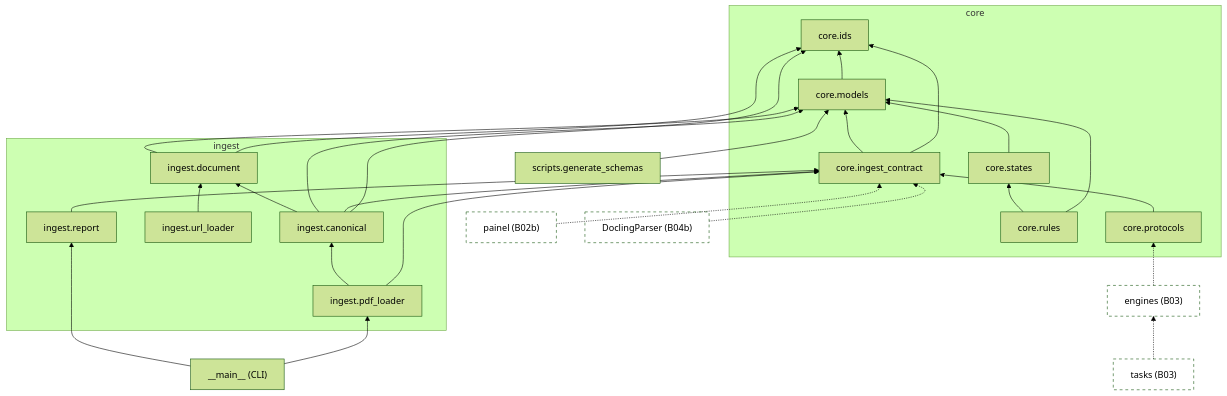
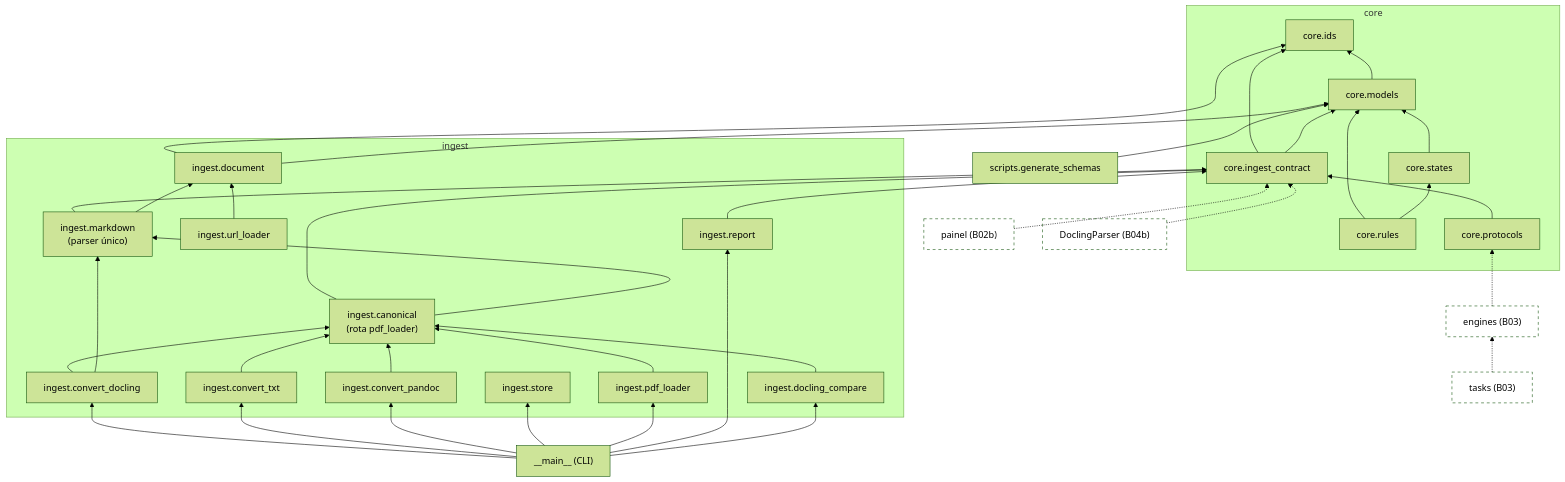
One commit to lld-git/map-relations changed the diagram in docs/architecture.md. Above: the diagram before and after it, drawn with Mermaid (forest theme). The commit also changed other lines of this file and 21 other files, not shown here.

````diff
--- a/docs/architecture.md
+++ b/docs/architecture.md
@@ -67,52 +76,67 @@
 ```mermaid
 flowchart BT
     subgraph core
         ids["core.ids"]
         models["core.models"]
         contract["core.ingest_contract"]
         states["core.states"]
         rules["core.rules"]
         protocols["core.protocols"]
     end
     subgraph ingest
         document["ingest.document"]
-        canonical["ingest.canonical"]
+        md["ingest.markdown<br/>(parser único)"]
+        canonical["ingest.canonical<br/>(rota pdf_loader)"]
+        convdocling["ingest.convert_docling"]
+        convtxt["ingest.convert_txt"]
+        convpandoc["ingest.convert_pandoc"]
+        storemod["ingest.store"]
         pdf["ingest.pdf_loader"]
         url["ingest.url_loader"]
         reportmod["ingest.report"]
+        dcompare["ingest.docling_compare"]
     end
     cli["__main__ (CLI)"]
     schemas["scripts.generate_schemas"]
 
     models --> ids
     contract --> ids
     contract --> models
     states --> models
     rules --> models
     rules --> states
     protocols --> contract
     document --> ids
     document --> models
-    canonical --> ids
+    md --> contract
+    md --> document
     canonical --> contract
-    canonical --> models
-    canonical --> document
-    pdf --> contract
+    canonical --> md
+    convdocling --> canonical
+    convdocling --> md
+    convtxt --> canonical
+    convpandoc --> canonical
     pdf --> canonical
     url --> document
     reportmod --> contract
+    dcompare --> canonical
+    cli --> convdocling
+    cli --> convtxt
+    cli --> convpandoc
+    cli --> storemod
     cli --> pdf
     cli --> reportmod
+    cli --> dcompare
     schemas --> models
 
     engines["engines (B03)"]:::planned
     tasks["tasks (B03)"]:::planned
     painel["painel (B02b)"]:::planned
     docling["DoclingParser (B04b)"]:::planned
     engines -.-> protocols
     tasks -.-> engines
     painel -.-> contract
     docling -.-> contract
 
     classDef planned stroke-dasharray: 5 5,fill:none
 ```
````
